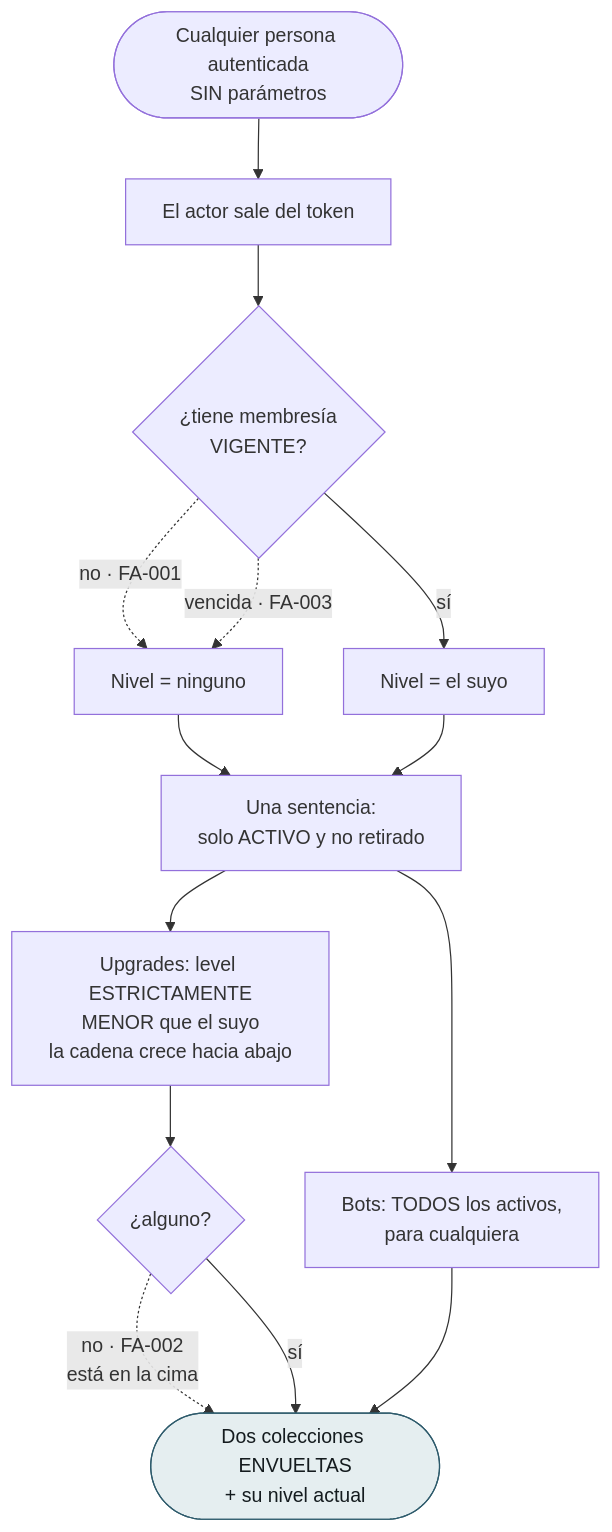
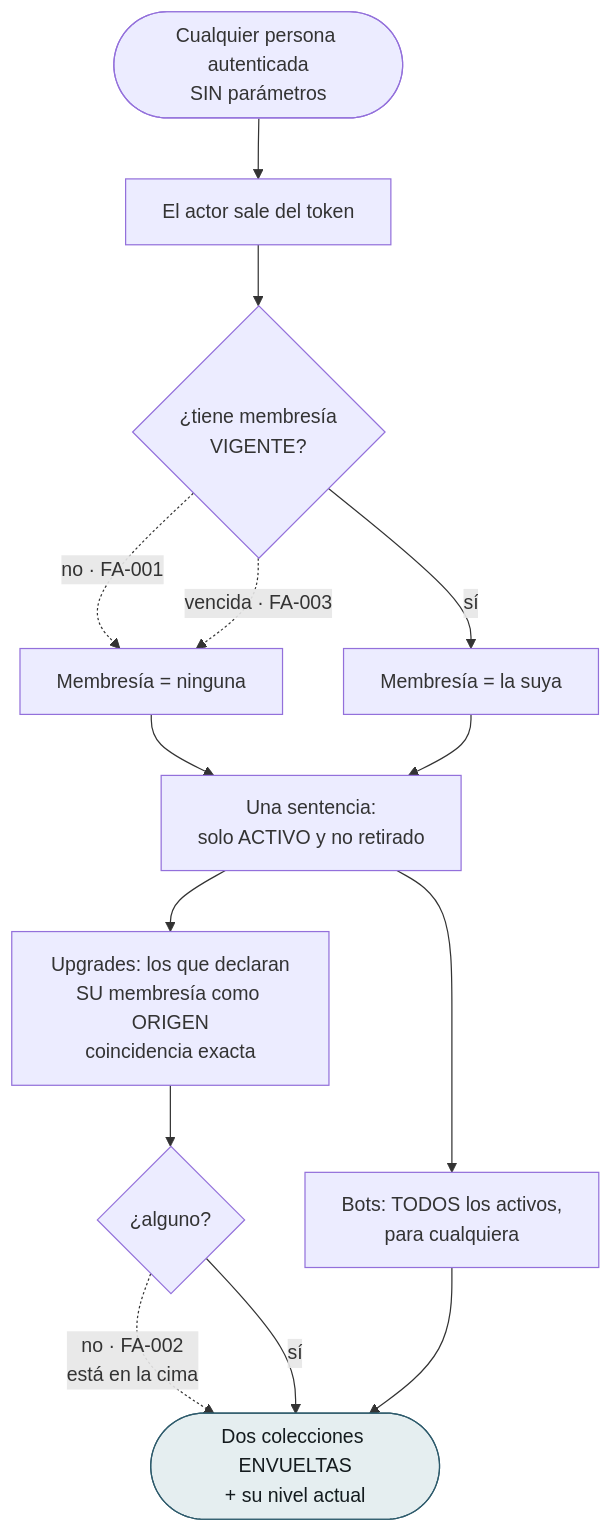
The seventh of 7 diagrams in docs/flujos/pm/flujos-por-caso.md (NexusPro-Dev/backend), drawn with Mermaid before and after one commit. The commit also changed other lines of this file and 53 other files, not shown here.

````diff
--- a/docs/flujos/pm/flujos-por-caso.md
+++ b/docs/flujos/pm/flujos-por-caso.md
@@ -238,21 +246,21 @@
 ```mermaid
 flowchart TD
     A(["Cualquier persona autenticada<br/>SIN parámetros"])
     A --> P1["El actor sale del token"]
     P1 --> V1{"¿tiene membresía<br/>VIGENTE?"}
-    V1 -.->|"no · FA-001"| Z["Nivel = ninguno"]
+    V1 -.->|"no · FA-001"| Z["Membresía = ninguna"]
     V1 -.->|"vencida · FA-003"| Z
-    V1 -->|sí| N["Nivel = el suyo"]
+    V1 -->|sí| N["Membresía = la suya"]
 
     Z --> Q["Una sentencia:<br/>solo ACTIVO y no retirado"]
     N --> Q
-    Q --> R1["Upgrades: level ESTRICTAMENTE<br/>MENOR que el suyo<br/>la cadena crece hacia abajo"]
+    Q --> R1["Upgrades: los que declaran<br/>SU membresía como ORIGEN<br/>coincidencia exacta"]
     Q --> R2["Bots: TODOS los activos,<br/>para cualquiera"]
     R1 --> D1{"¿alguno?"}
     D1 -.->|"no · FA-002<br/>está en la cima"| FIN
     D1 -->|sí| FIN(["Dos colecciones ENVUELTAS<br/>+ su nivel actual"])
     R2 --> FIN
 
     classDef ok fill:#E5EEF0,stroke:#2D5A6B,color:#141B1E
     class FIN ok
 ```
````
